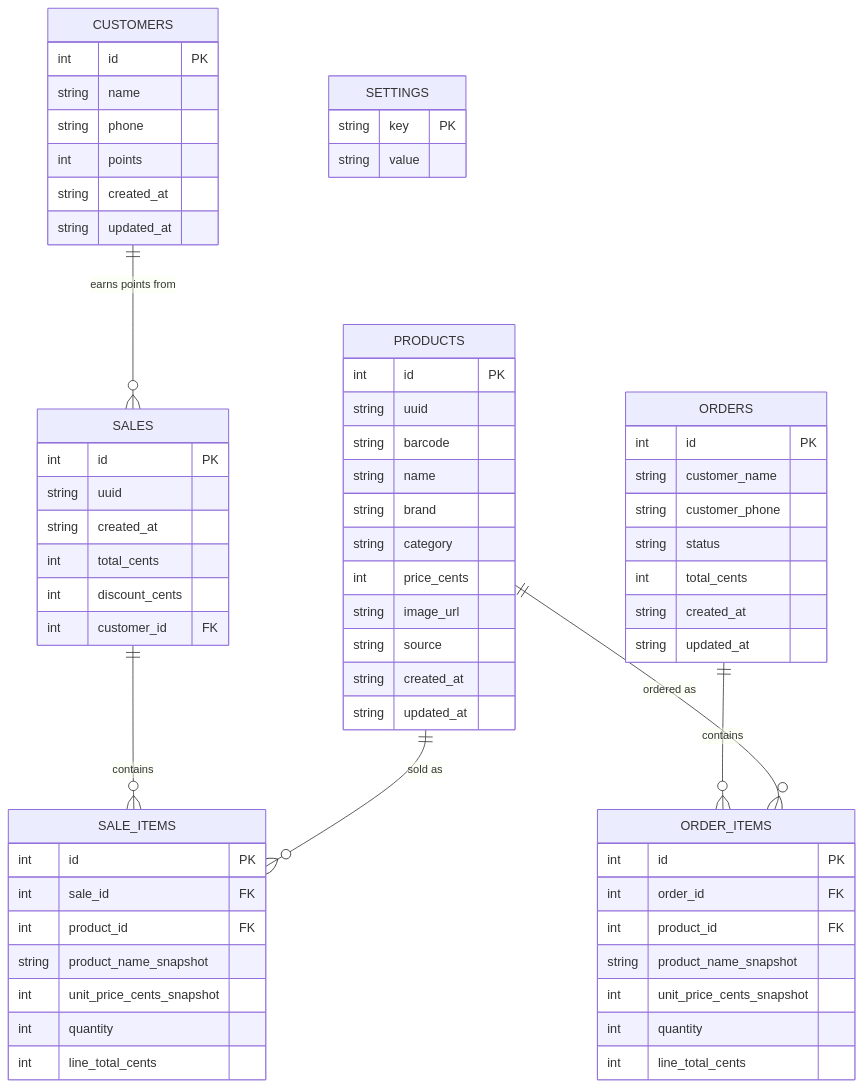
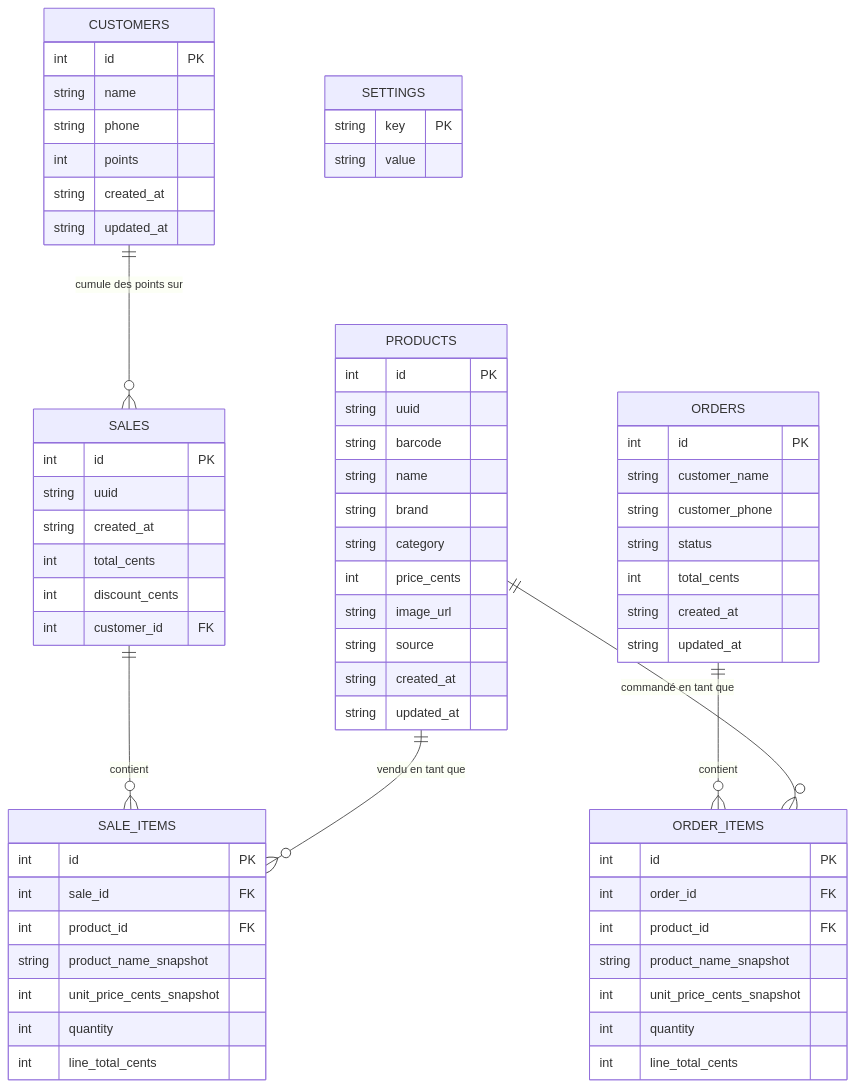
Before and after one commit to superrnovae/grocery-pos: the first of 2 diagrams in DESIGN.md, drawn with Mermaid. The commit also changed other lines of this file and 1 other file, not shown here.

````diff
--- a/DESIGN.md
+++ b/DESIGN.md
@@ -9,68 +9,68 @@
 ```mermaid
 erDiagram
     PRODUCTS {
         int id PK
         string uuid
         string barcode
         string name
         string brand
         string category
         int price_cents
         string image_url
         string source
         string created_at
         string updated_at
     }
     SALES {
         int id PK
         string uuid
         string created_at
         int total_cents
         int discount_cents
         int customer_id FK
     }
     SALE_ITEMS {
         int id PK
         int sale_id FK
         int product_id FK
         string product_name_snapshot
         int unit_price_cents_snapshot
         int quantity
         int line_total_cents
     }
     CUSTOMERS {
         int id PK
         string name
         string phone
         int points
         string created_at
         string updated_at
     }
     ORDERS {
         int id PK
         string customer_name
         string customer_phone
         string status
         int total_cents
         string created_at
         string updated_at
     }
     ORDER_ITEMS {
         int id PK
         int order_id FK
         int product_id FK
         string product_name_snapshot
         int unit_price_cents_snapshot
         int quantity
         int line_total_cents
     }
     SETTINGS {
         string key PK
         string value
     }
-    SALES ||--o{ SALE_ITEMS : contains
-    PRODUCTS ||--o{ SALE_ITEMS : "sold as"
-    CUSTOMERS ||--o{ SALES : "earns points from"
-    ORDERS ||--o{ ORDER_ITEMS : contains
-    PRODUCTS ||--o{ ORDER_ITEMS : "ordered as"
+    SALES ||--o{ SALE_ITEMS : contient
+    PRODUCTS ||--o{ SALE_ITEMS : "vendu en tant que"
+    CUSTOMERS ||--o{ SALES : "cumule des points sur"
+    ORDERS ||--o{ ORDER_ITEMS : contient
+    PRODUCTS ||--o{ ORDER_ITEMS : "commandé en tant que"
 ```
````
